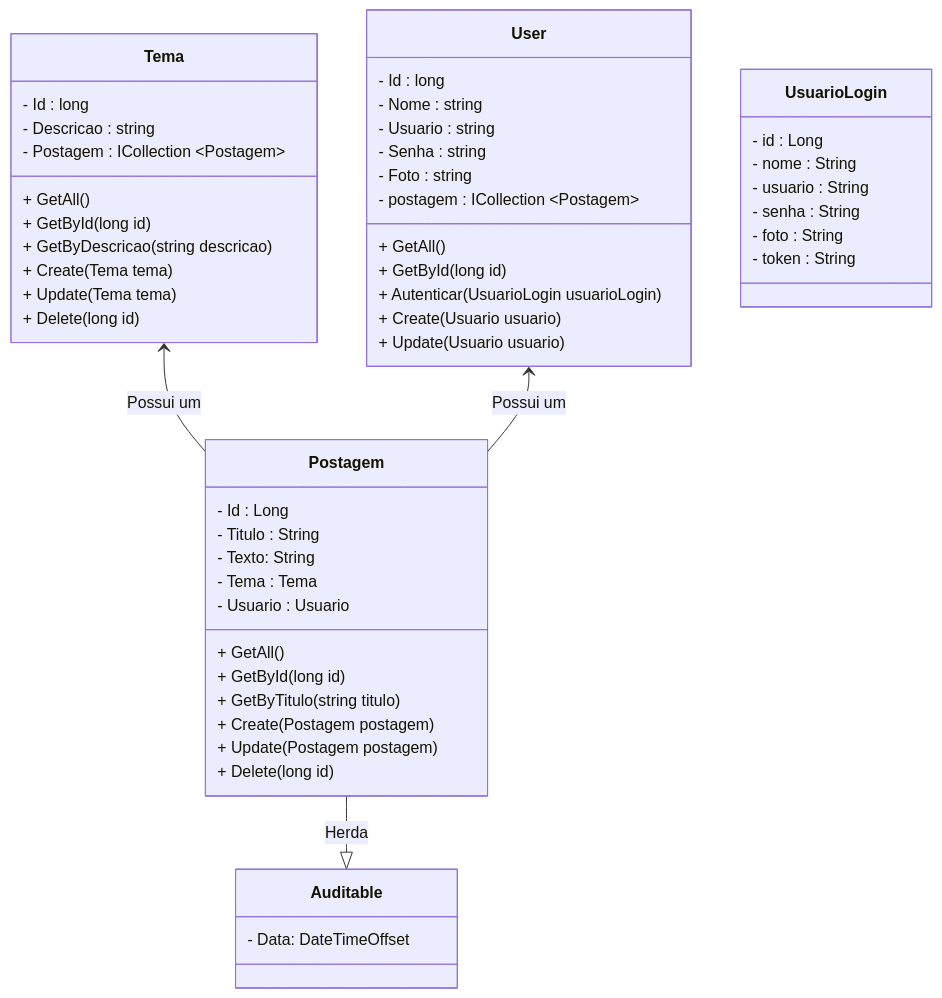
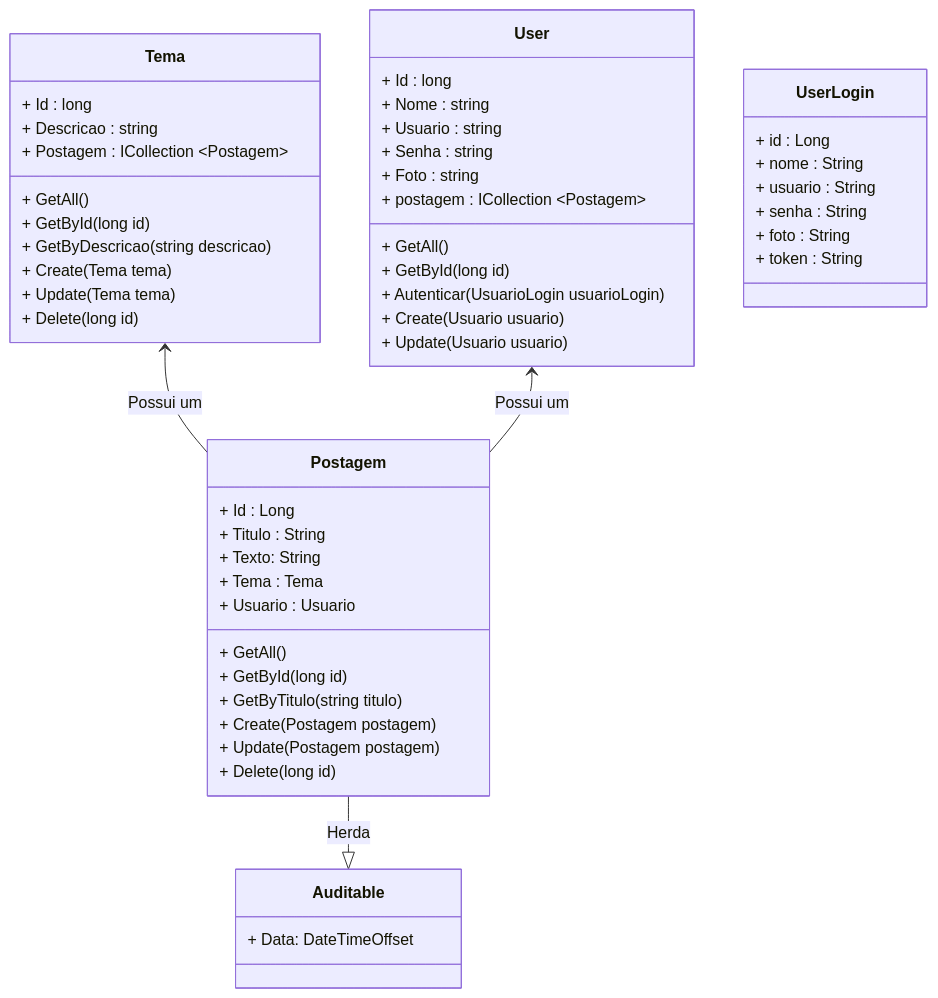
Before and after one commit to conteudoGeneration/cookbook_csharp: the first of 2 diagrams in 04_aspnet/04.md, drawn with Mermaid. The commit also changed other lines of this file and 12 other files, not shown here.

````diff
--- a/04_aspnet/04.md
+++ b/04_aspnet/04.md
@@ -21,54 +21,54 @@
 ```mermaid
 classDiagram
 class Tema {
-  - Id : long
-  - Descricao : string
-  - Postagem : ICollection ~Postagem~
+  + Id : long
+  + Descricao : string
+  + Postagem : ICollection ~Postagem~
   + GetAll()
   + GetById(long id)
   + GetByDescricao(string descricao)
   + Create(Tema tema)
   + Update(Tema tema)
   + Delete(long id)
 }
 class Postagem {
-  - Id : Long
-  - Titulo : String
-  - Texto: String
-  - Tema : Tema
-  - Usuario : Usuario
+  + Id : Long
+  + Titulo : String
+  + Texto: String
+  + Tema : Tema
+  + Usuario : Usuario
   + GetAll()
   + GetById(long id)
   + GetByTitulo(string titulo)
   + Create(Postagem postagem)
   + Update(Postagem postagem)
   + Delete(long id)
 }
 class Auditable {
-  - Data: DateTimeOffset
+  + Data: DateTimeOffset
 }
 class User {
-  - Id : long
-  - Nome : string
-  - Usuario : string
-  - Senha : string
-  - Foto : string
-  - postagem : ICollection ~Postagem~
+  + Id : long
+  + Nome : string
+  + Usuario : string
+  + Senha : string
+  + Foto : string
+  + postagem : ICollection ~Postagem~
   + GetAll()
   + GetById(long id)
   + Autenticar(UsuarioLogin usuarioLogin)
   + Create(Usuario usuario)
   + Update(Usuario usuario)
 }
-class UsuarioLogin{
-  - id : Long
-  - nome : String
-  - usuario : String
-  - senha : String
-  - foto : String
-  - token : String
+class UserLogin{
+  + id : Long
+  + nome : String
+  + usuario : String
+  + senha : String
+  + foto : String
+  + token : String
 }
 Postagem --|> Auditable: Herda
 Tema <-- Postagem: Possui um
 User <-- Postagem: Possui um
 ```
````
